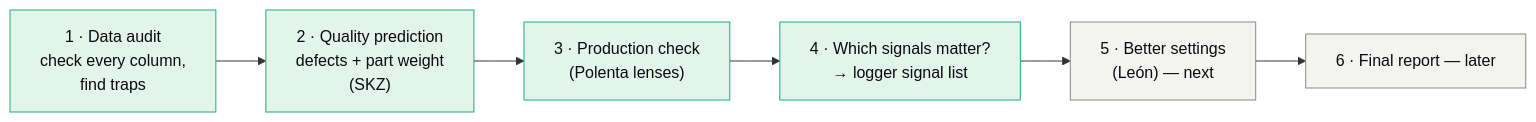
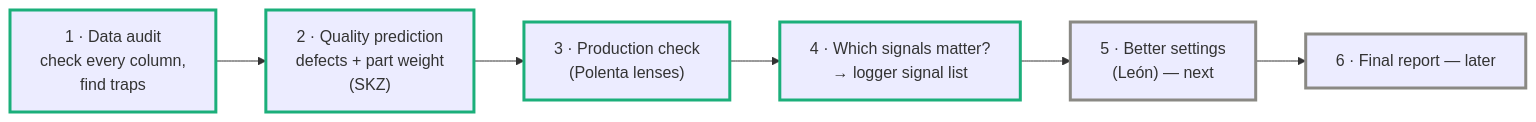
One commit to ikeremsen/injection-molding-quality-ai changed the second of 3 diagrams in README.md. Above: the diagram before and after it, drawn with Mermaid. The commit also changed other lines of this file, not shown here.

Commit message:
README: mark diagram boxes with borders instead of fills (readable in light and dark mode)

````diff
--- a/README.md
+++ b/README.md
@@ -51,14 +51,14 @@
 ```mermaid
 flowchart LR
     P1["1 · Data audit<br/>check every column,<br/>find traps"] --> P2["2 · Quality prediction<br/>defects + part weight<br/>(SKZ)"]
     P2 --> P3["3 · Production check<br/>(Polenta lenses)"]
     P3 --> P4["4 · Which signals matter?<br/>→ logger signal list"]
     P4 --> P5["5 · Better settings<br/>(León) — next"]
     P5 --> P6["6 · Final report — later"]
-    style P1 fill:#e3f4ec,stroke:#1baf7a,color:#0b0b0b
-    style P2 fill:#e3f4ec,stroke:#1baf7a,color:#0b0b0b
-    style P3 fill:#e3f4ec,stroke:#1baf7a,color:#0b0b0b
-    style P4 fill:#e3f4ec,stroke:#1baf7a,color:#0b0b0b
-    style P5 fill:#f3f3f1,stroke:#8a8984,color:#0b0b0b
-    style P6 fill:#f3f3f1,stroke:#8a8984,color:#0b0b0b
+    style P1 stroke:#1baf7a,stroke-width:3px
+    style P2 stroke:#1baf7a,stroke-width:3px
+    style P3 stroke:#1baf7a,stroke-width:3px
+    style P4 stroke:#1baf7a,stroke-width:3px
+    style P5 stroke:#8a8984,stroke-width:3px
+    style P6 stroke:#8a8984,stroke-width:3px
 ```
````
